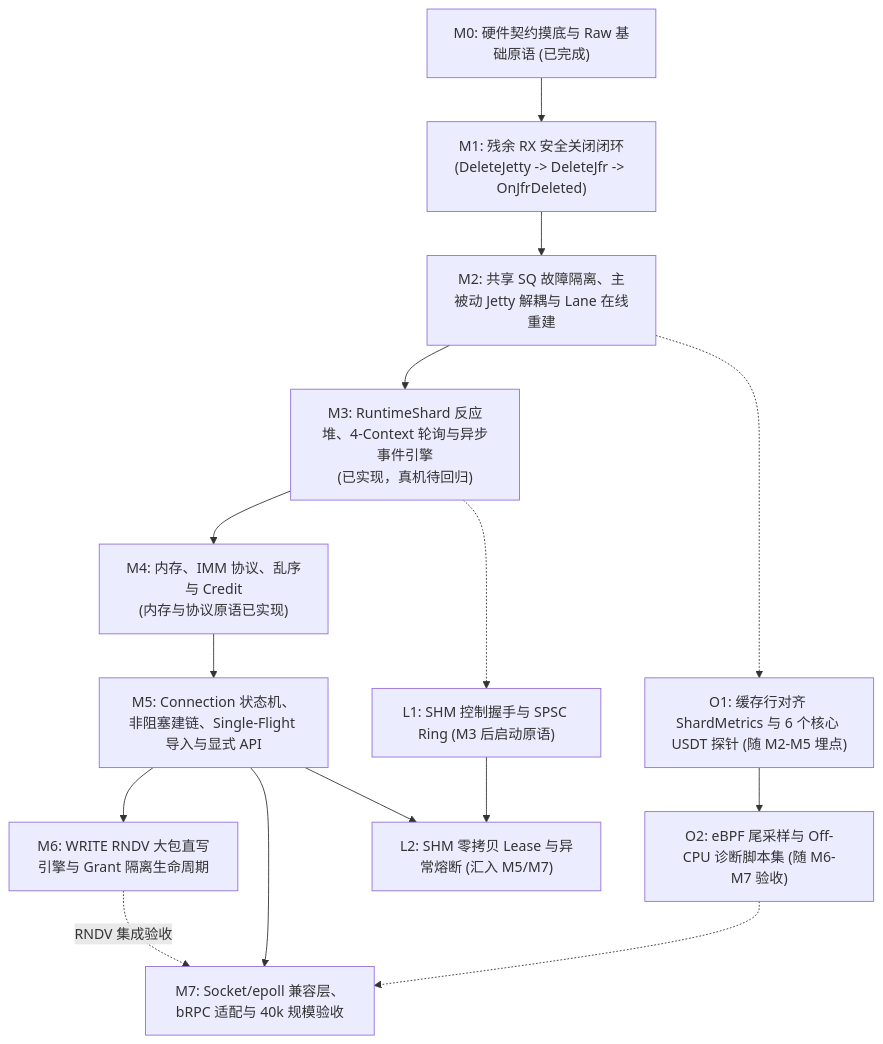
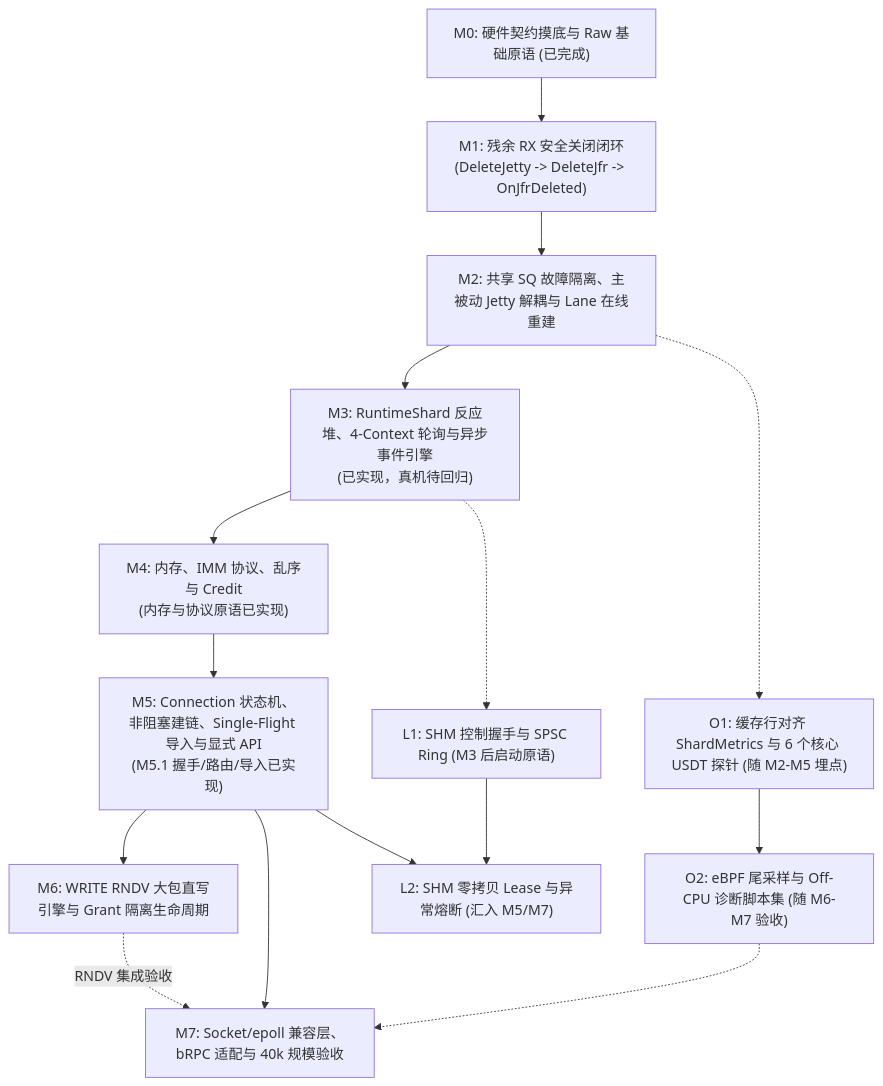
The diagram in docs/roadmap.md (condy0919/kbsocket), drawn with Mermaid before and after one commit. The commit also changed other lines of this file and 18 other files, not shown here.

````diff
--- a/docs/roadmap.md
+++ b/docs/roadmap.md
@@ -40,25 +41,25 @@
 ```mermaid
 flowchart TD
     M0["M0: 硬件契约摸底与 Raw 基础原语 (已完成)"]
     M1["M1: 残余 RX 安全关闭闭环<br/>(DeleteJetty -> DeleteJfr -> OnJfrDeleted)"]
     M2["M2: 共享 SQ 故障隔离、主被动 Jetty 解耦与 Lane 在线重建"]
     M3["M3: RuntimeShard 反应堆、4-Context 轮询与异步事件引擎<br/>(已实现，真机待回归)"]
     M4["M4: 内存、IMM 协议、乱序与 Credit<br/>(内存与协议原语已实现)"]
-    M5["M5: Connection 状态机、非阻塞建链、Single-Flight 导入与显式 API"]
+    M5["M5: Connection 状态机、非阻塞建链、Single-Flight 导入与显式 API<br/>(M5.1 握手/路由/导入已实现)"]
     M6["M6: WRITE RNDV 大包直写引擎与 Grant 隔离生命周期"]
     M7["M7: Socket/epoll 兼容层、bRPC 适配与 40k 规模验收"]
 
     L1["L1: SHM 控制握手与 SPSC Ring (M3 后启动原语)"]
     L2["L2: SHM 零拷贝 Lease 与异常熔断 (汇入 M5/M7)"]
     O1["O1: 缓存行对齐 ShardMetrics 与 6 个核心 USDT 探针 (随 M2-M5 埋点)"]
     O2["O2: eBPF 尾采样与 Off-CPU 诊断脚本集 (随 M6-M7 验收)"]
 
     M0 --> M1 --> M2 --> M3 --> M4 --> M5
     M5 --> M6
     M5 --> M7
     M6 -.->|"RNDV 集成验收"| M7
     M2 -.-> O1
     M3 -.-> L1 --> L2
     M5 --> L2
     O1 --> O2 -.-> M7
 ```
````
